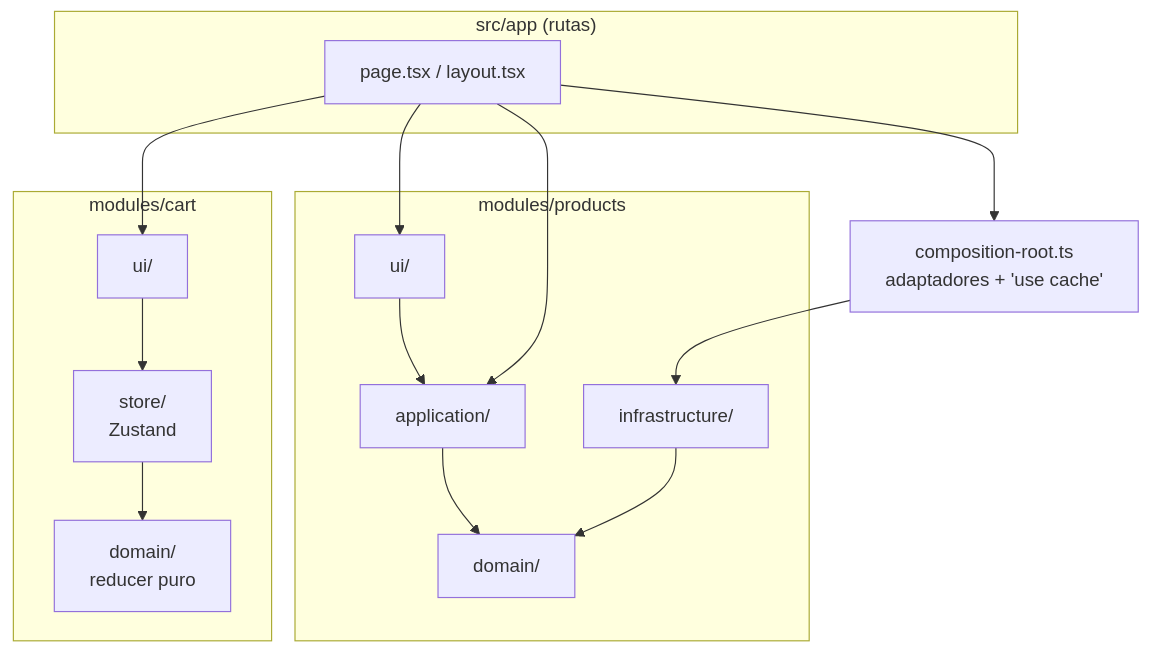
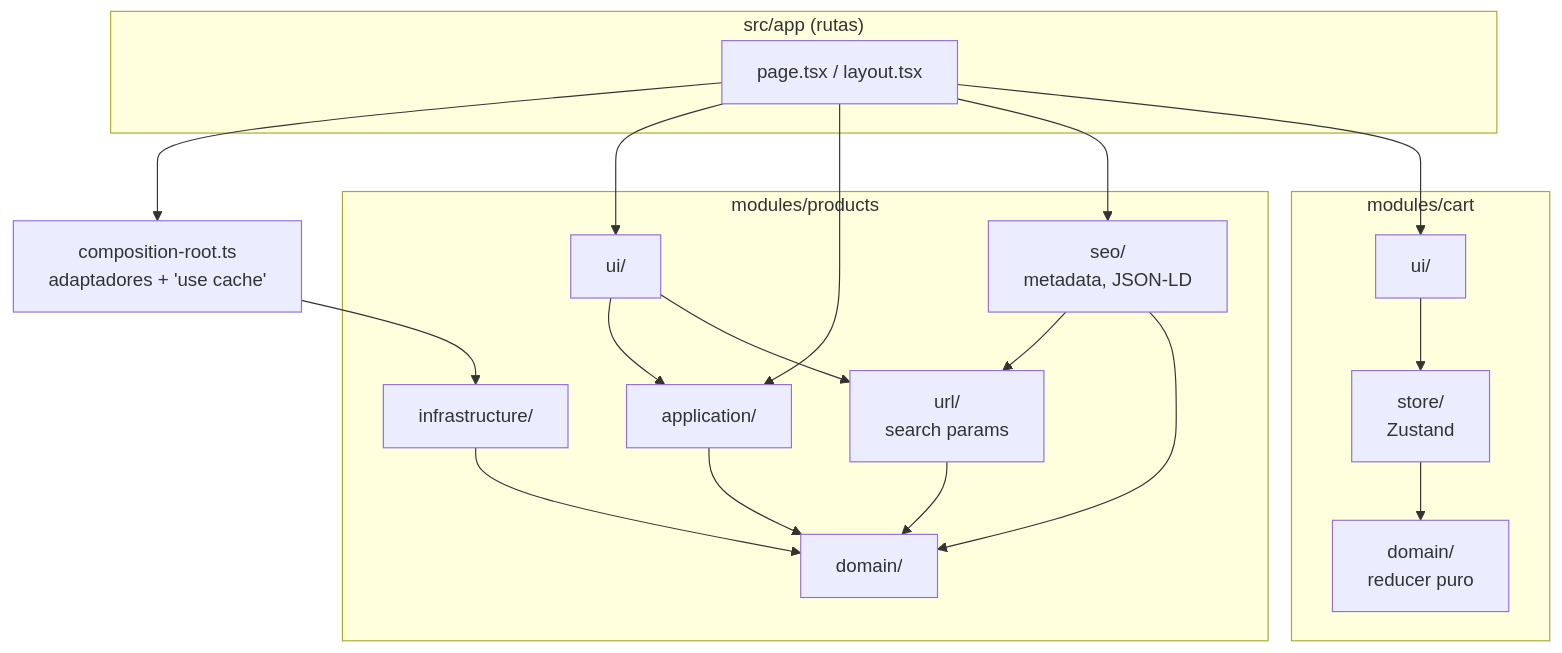
The second of 5 diagrams in docs/architecture.md (piercenovo/delosi-ecommerce), drawn with Mermaid before and after one commit. The commit also changed other lines of this file and 14 other files, not shown here.

First line of the commit message:
refactor: cover seo and search params with the architecture rules

````diff
--- a/docs/architecture.md
+++ b/docs/architecture.md
@@ -24,18 +24,23 @@
 ```mermaid
 flowchart TB
   subgraph app["src/app (rutas)"]
     pages["page.tsx / layout.tsx"]
   end
   root["composition-root.ts<br/>adaptadores + 'use cache'"]
   subgraph products["modules/products"]
     pui["ui/"] --> papp["application/"] --> pdom["domain/"]
     pinf["infrastructure/"] --> pdom
+    purl["url/<br/>search params"] --> pdom
+    pseo["seo/<br/>metadata, JSON-LD"] --> purl
+    pseo --> pdom
+    pui --> purl
   end
   subgraph cart["modules/cart"]
     cui["ui/"] --> cstore["store/<br/>Zustand"] --> cdom["domain/<br/>reducer puro"]
   end
   pages --> root --> pinf
   pages --> pui
   pages --> papp
+  pages --> pseo
   pages --> cui
 ```
````
